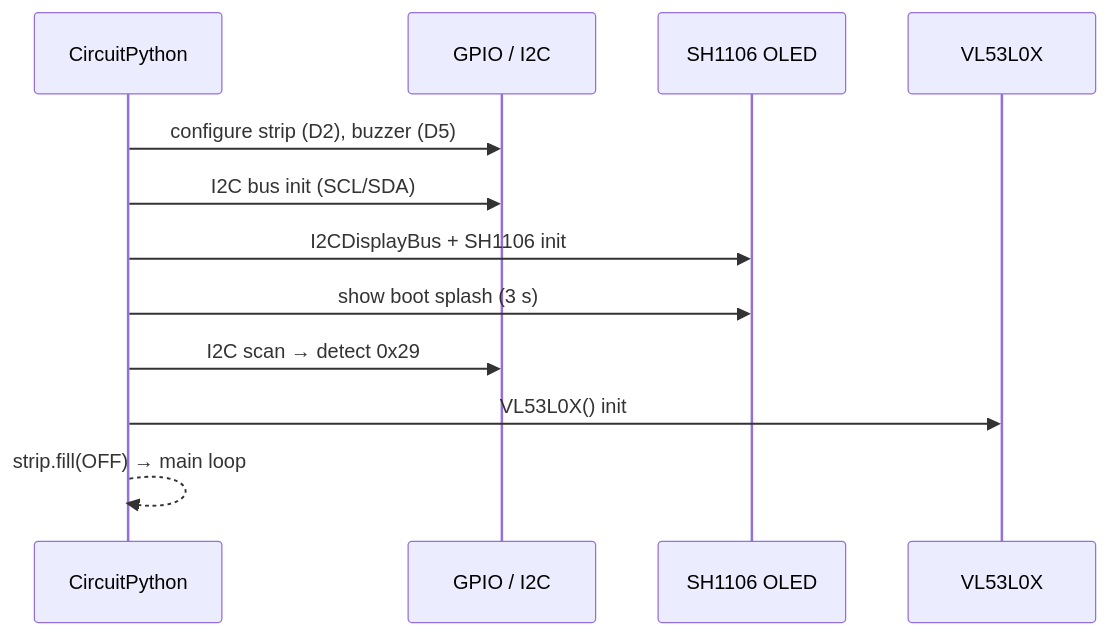
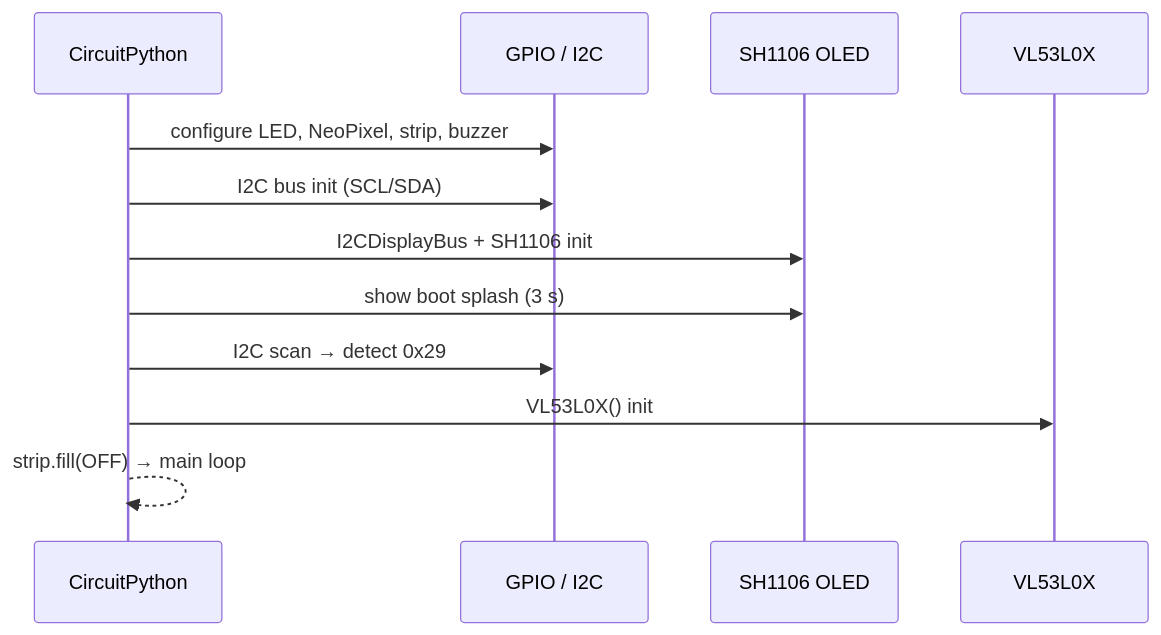
The second of 3 diagrams in .workshop/step_4/docs/architecture.rst (useblocks/demo_park_assist), drawn with Mermaid before and after one commit. The commit also changed other lines of this file and 49 other files, not shown here.

First line of the commit message:
feat: implement 4-zone proximity model with LED, buzzer, docs, and tests

```diff
--- a/.workshop/step_4/docs/architecture.rst
+++ b/.workshop/step_4/docs/architecture.rst
@@ -56,15 +68,15 @@
    .. mermaid::
 
       sequenceDiagram
           participant CP as CircuitPython
           participant GPIO as GPIO / I2C
           participant OLED as SH1106 OLED
           participant TOF as VL53L0X
 
-          CP->>GPIO: configure strip (D2), buzzer (D5)
+          CP->>GPIO: configure LED, NeoPixel, strip, buzzer
           CP->>GPIO: I2C bus init (SCL/SDA)
           CP->>OLED: I2CDisplayBus + SH1106 init
           CP->>OLED: show boot splash (3 s)
           CP->>GPIO: I2C scan → detect 0x29
           CP->>TOF: VL53L0X() init
           CP-->>CP: strip.fill(OFF) → main loop
```
